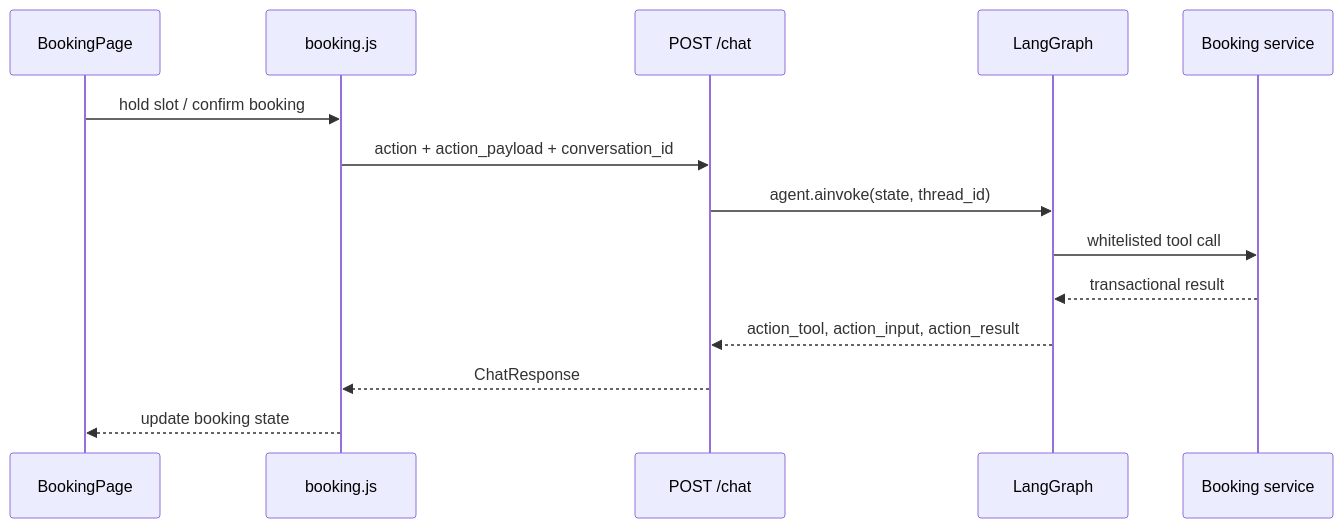
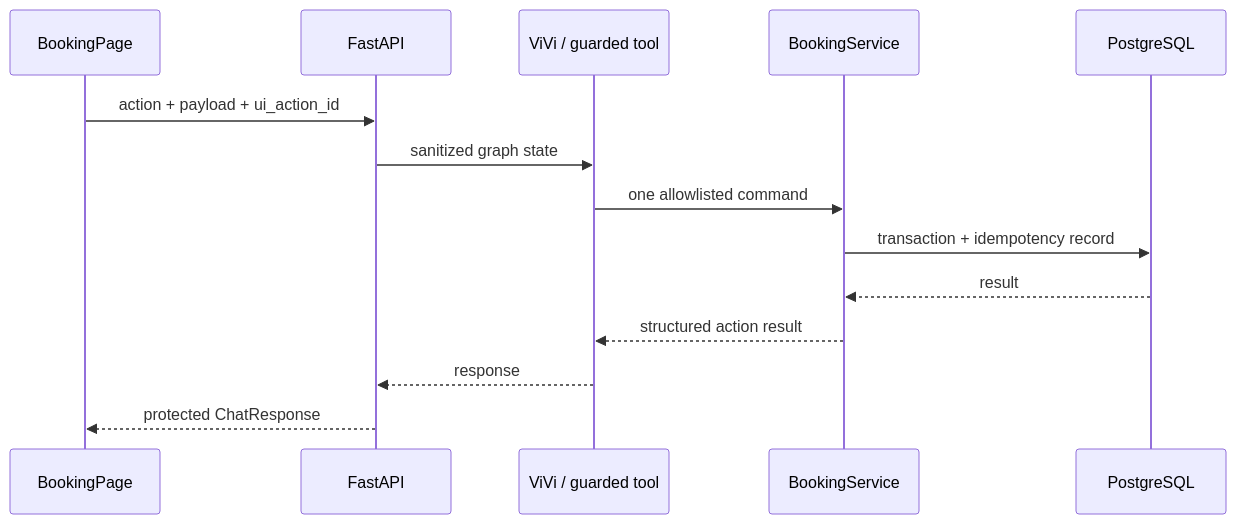
Before and after one commit to haichauht/vinfast-test-drive-booking: the fourth of 5 diagrams in ARCHITECTURE.md, drawn with Mermaid. The commit also changed other lines of this file and 29 other files, not shown here.

Commit message:
fix booking flow and UI regressions

````diff
--- a/ARCHITECTURE.md
+++ b/ARCHITECTURE.md
@@ -61,17 +155,17 @@
 ```mermaid
 sequenceDiagram
     participant UI as BookingPage
-    participant Client as booking.js
-    participant API as POST /chat
-    participant Graph as LangGraph
-    participant Service as Booking service
+    participant API as FastAPI
+    participant A as ViVi / guarded tool
+    participant B as BookingService
+    participant DB as PostgreSQL
 
-    UI->>Client: hold slot / confirm booking
-    Client->>API: action + action_payload + conversation_id
-    API->>Graph: agent.ainvoke(state, thread_id)
-    Graph->>Service: whitelisted tool call
-    Service-->>Graph: transactional result
-    Graph-->>API: action_tool, action_input, action_result
-    API-->>Client: ChatResponse
-    Client-->>UI: update booking state
+    UI->>API: action + payload + ui_action_id
+    API->>A: sanitized graph state
+    A->>B: one allowlisted command
+    B->>DB: transaction + idempotency record
+    DB-->>B: result
+    B-->>A: structured action result
+    A-->>API: response
+    API-->>UI: protected ChatResponse
 ```
````
